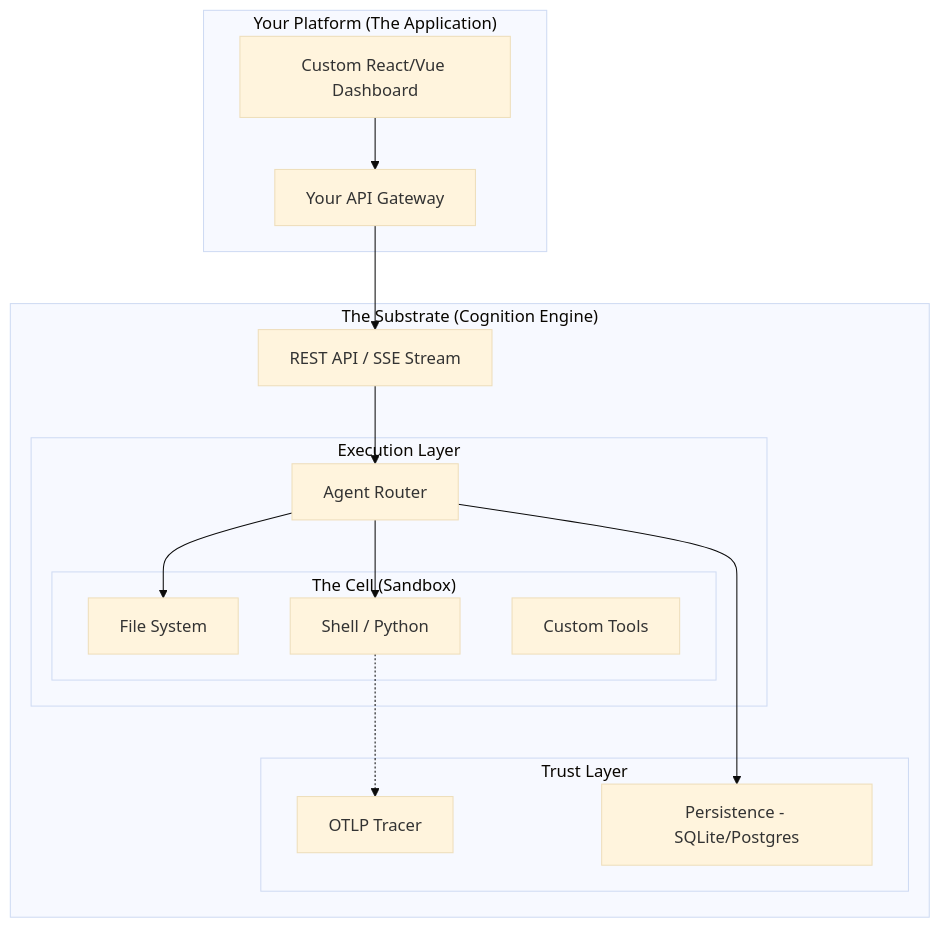
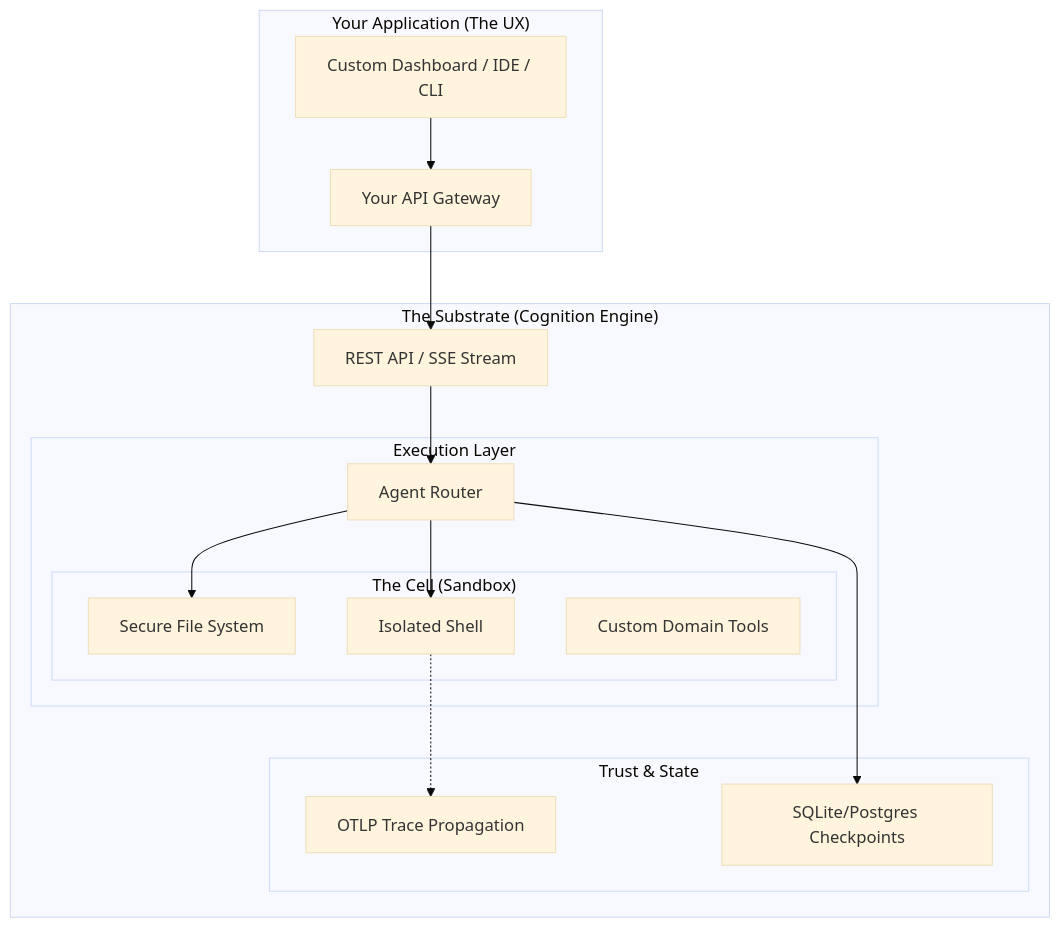
The diagram in README.md (CognicellAI/Cognition), drawn with Mermaid (base theme) before and after one commit. The commit also changed other lines of this file and 5 other files, not shown here.

````diff
--- a/README.md
+++ b/README.md
@@ -54,34 +72,34 @@
 ```mermaid
 graph TD
-    subgraph "Your Platform (The Application)"
-        UI[Custom React/Vue Dashboard]
+    subgraph "Your Application (The UX)"
+        UI[Custom Dashboard / IDE / CLI]
         API_GW[Your API Gateway]
     end
 
     subgraph "The Substrate (Cognition Engine)"
         API[REST API / SSE Stream]
         
-        subgraph "Trust Layer"
-            Audit[OTLP Tracer]
-            State[Persistence - SQLite/Postgres]
+        subgraph "Trust & State"
+            Audit[OTLP Trace Propagation]
+            State[SQLite/Postgres Checkpoints]
         end
         
         subgraph "Execution Layer"
             Router[Agent Router]
             
             subgraph "The Cell (Sandbox)"
-                Tool_A[File System]
-                Tool_B[Shell / Python]
-                Tool_C[Custom Tools]
+                Tool_A[Secure File System]
+                Tool_B[Isolated Shell]
+                Tool_C[Custom Domain Tools]
             end
         end
     end
 
     UI --> API_GW
     API_GW --> API
     API --> Router
     Router --> State
     Router --> Tool_A
     Router --> Tool_B
     Tool_B -.-> Audit
 ```
````
